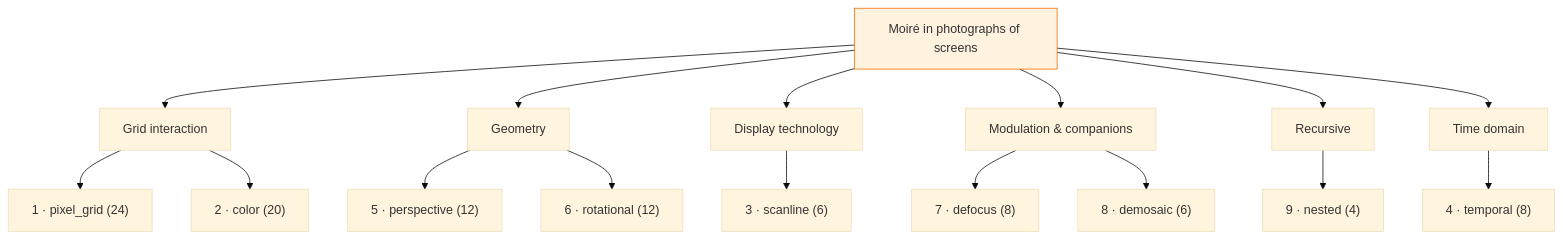
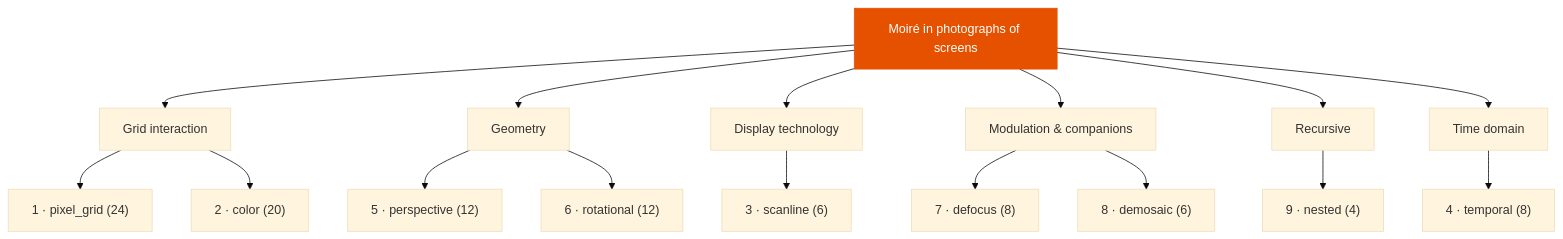
The diagram in docs/moire_types.md (babak-abad/Spatial-Moire-Effect-Detection), drawn with Mermaid (base theme) before and after one commit. The commit also changed 6 other files, not shown here.

````diff
--- a/docs/moire_types.md
+++ b/docs/moire_types.md
@@ -23,20 +23,20 @@
 ```mermaid
 flowchart TD
     moire["Moiré in photographs of screens"]
     moire --> grid["Grid interaction"]
     moire --> geom["Geometry"]
     moire --> tech["Display technology"]
     moire --> mod["Modulation & companions"]
     moire --> rec["Recursive"]
     moire --> time["Time domain"]
     grid --> t1["1 · pixel_grid (24)"]
     grid --> t2["2 · color (20)"]
     geom --> t5["5 · perspective (12)"]
     geom --> t6["6 · rotational (12)"]
     tech --> t3["3 · scanline (6)"]
     time --> t4["4 · temporal (8)"]
     mod --> t7["7 · defocus (8)"]
     mod --> t8["8 · demosaic (6)"]
     rec --> t9["9 · nested (4)"]
-    style moire fill:#fff3e0,stroke:#ef6c00
+    style moire fill:#e65100,stroke:#e65100,color:#ffffff
 ```
````
